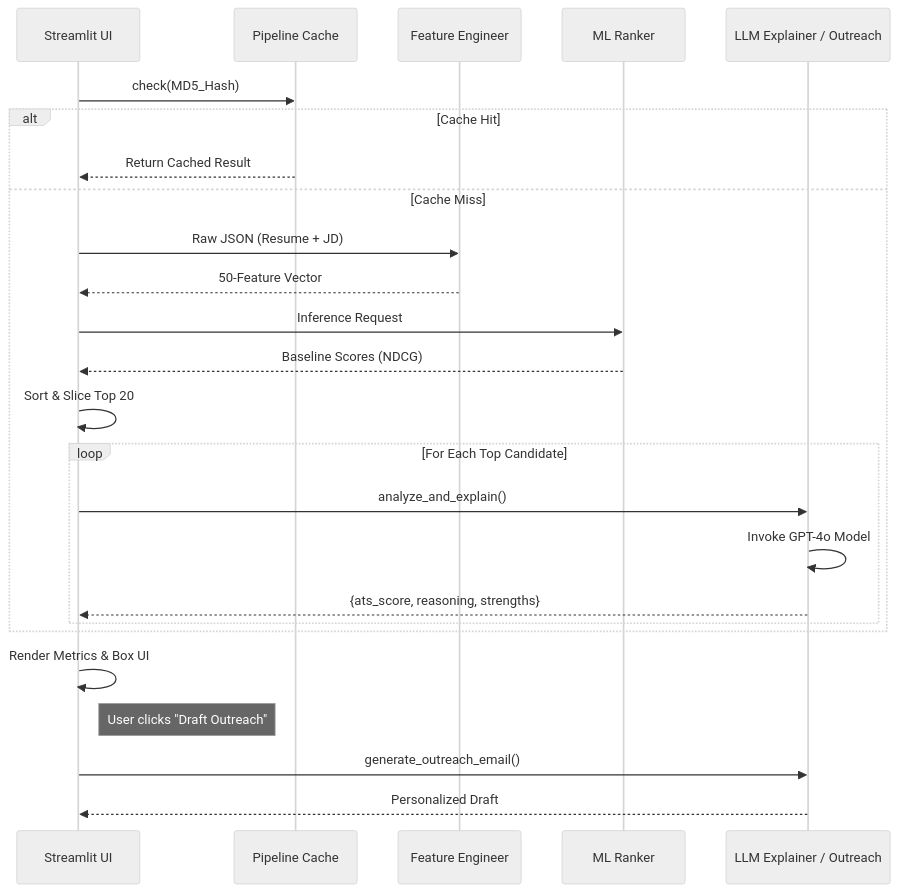
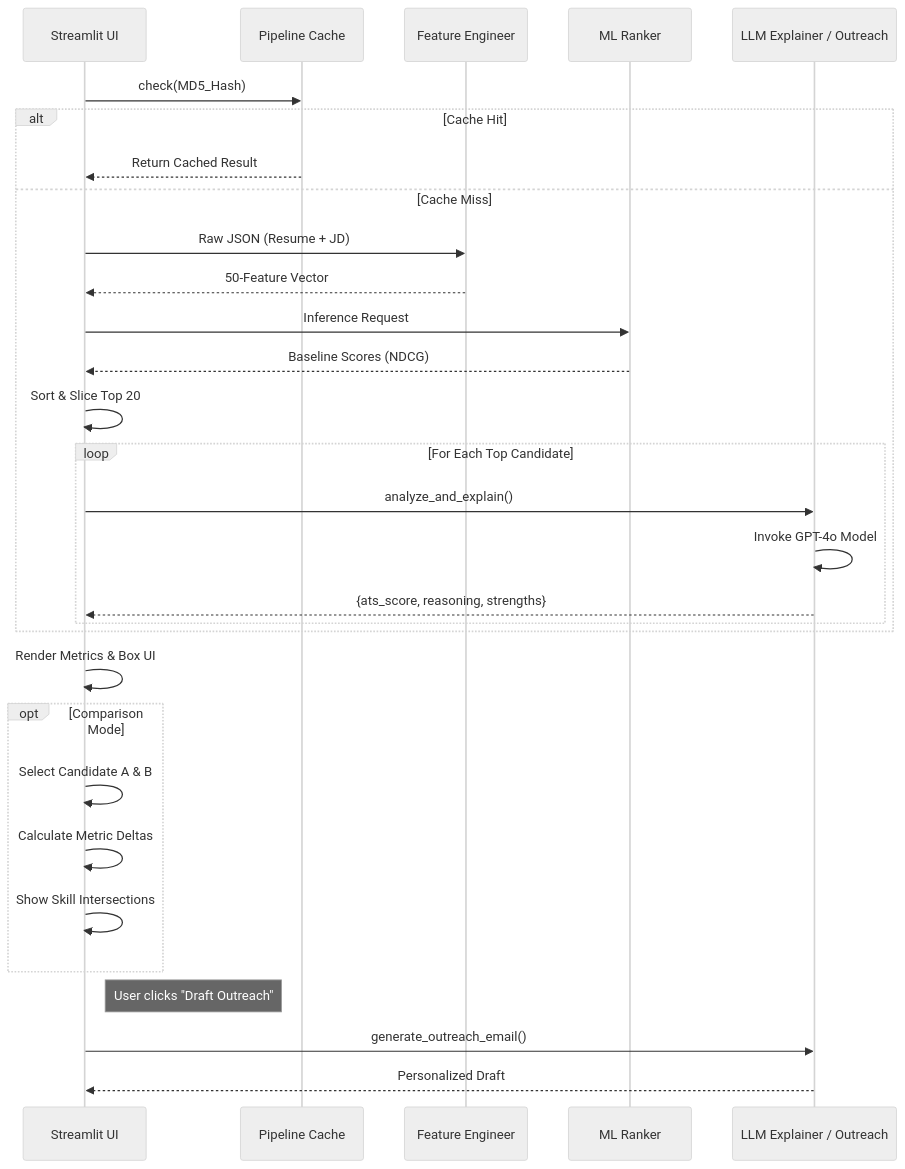
Before and after one commit to anshul4510/RecruitIQ: the fourth of 5 diagrams in README.md, drawn with Mermaid (neutral theme). The commit also changed other lines of this file and 2 other files, not shown here.

````diff
--- a/README.md
+++ b/README.md
@@ -135,30 +159,37 @@
 ```mermaid
 sequenceDiagram
     participant UI as Streamlit UI
     participant Cache as Pipeline Cache
     participant FE as Feature Engineer
     participant ML as ML Ranker
     participant AI as LLM Explainer / Outreach
 
     UI->>Cache: check(MD5_Hash)
     alt Cache Hit
         Cache-->>UI: Return Cached Result
     else Cache Miss
         UI->>FE: Raw JSON (Resume + JD)
         FE-->>UI: 50-Feature Vector
         UI->>ML: Inference Request
         ML-->>UI: Baseline Scores (NDCG)
         UI->>UI: Sort & Slice Top 20
         
         loop For Each Top Candidate
             UI->>AI: analyze_and_explain()
             AI->>AI: Invoke GPT-4o Model
             AI-->>UI: {ats_score, reasoning, strengths}
         end
     end
     
     UI->>UI: Render Metrics & Box UI
+    
+    opt Comparison Mode
+        UI->>UI: Select Candidate A & B
+        UI->>UI: Calculate Metric Deltas
+        UI->>UI: Show Skill Intersections
+    end
+
     Note right of UI: User clicks "Draft Outreach"
     UI->>AI: generate_outreach_email()
     AI-->>UI: Personalized Draft
 ```
````
